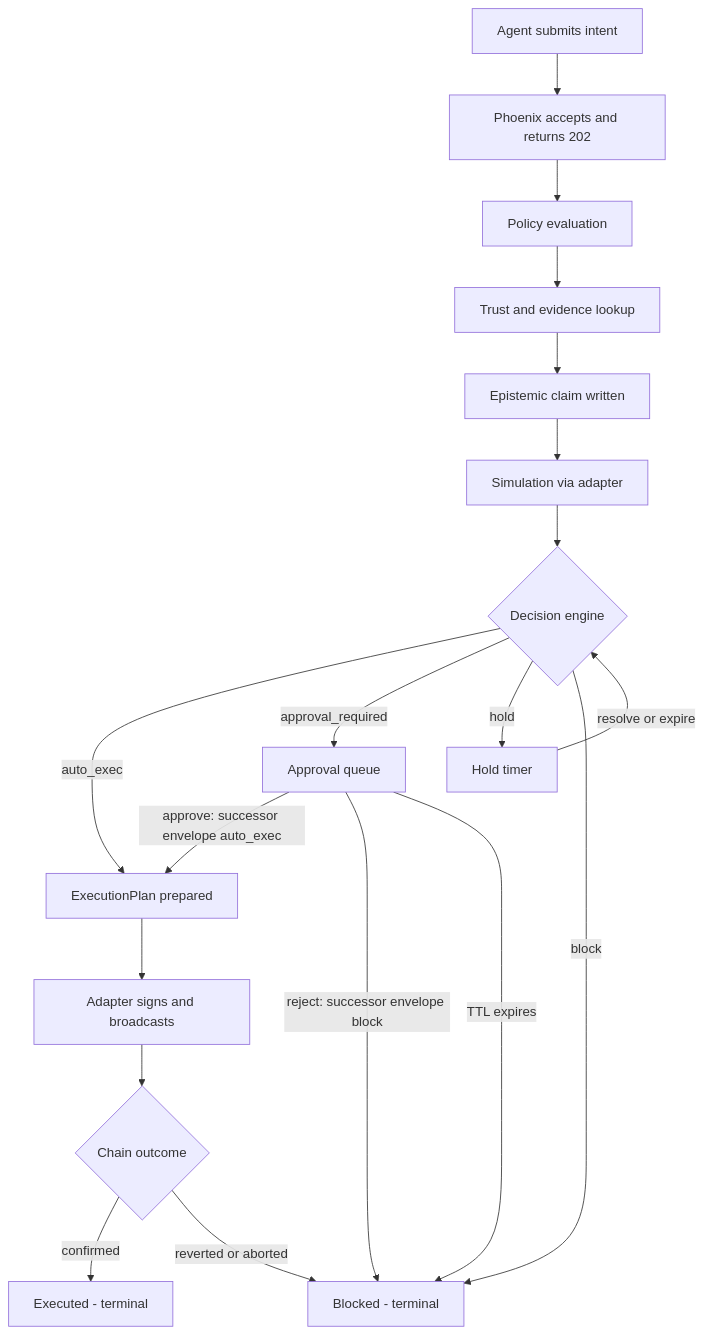
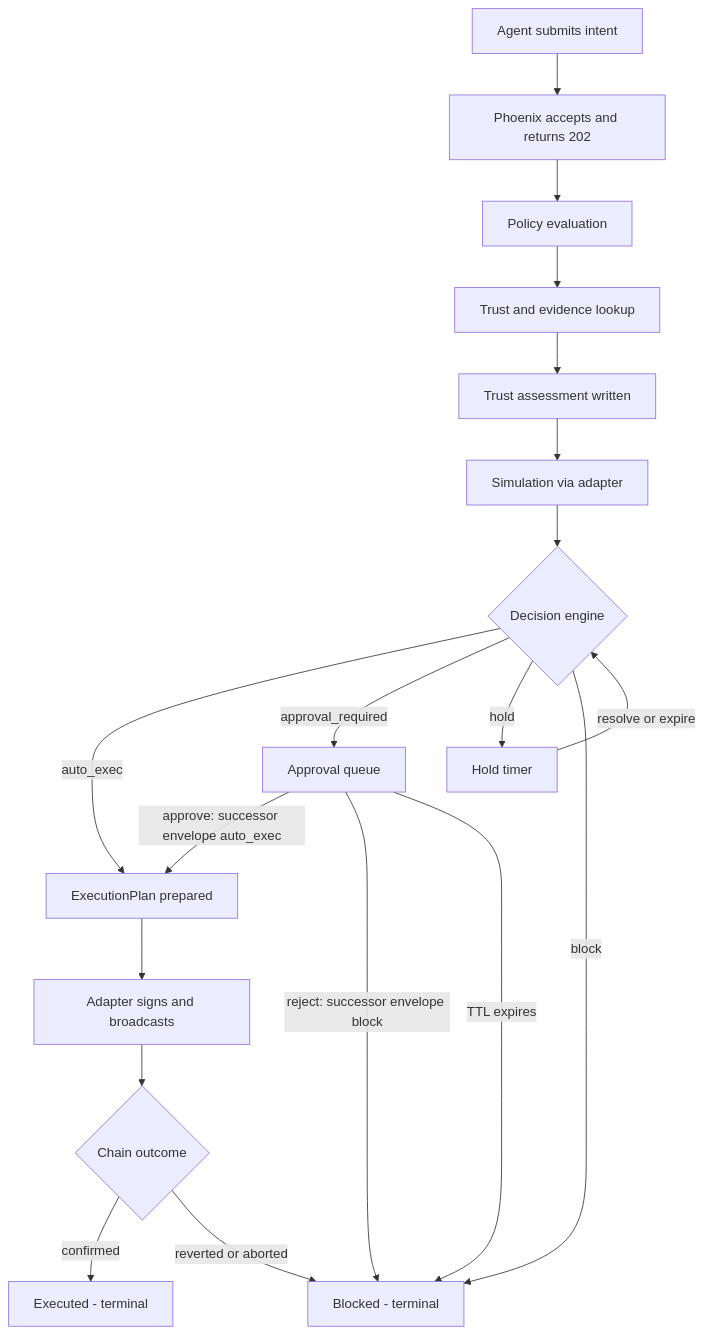
One commit to Linh86/cryptokorr changed the diagram in docs/bank-v0.1-runtime-flow-and-api.md. Above: the diagram before and after it, drawn with Mermaid. The commit also changed other lines of this file and 28 other files, not shown here.

````diff
--- a/docs/bank-v0.1-runtime-flow-and-api.md
+++ b/docs/bank-v0.1-runtime-flow-and-api.md
@@ -54,21 +54,21 @@
 ```mermaid
 flowchart TD
     A[Agent submits intent] --> B[Phoenix accepts and returns 202]
     B --> C[Policy evaluation]
     C --> D[Trust and evidence lookup]
-    D --> E[Epistemic claim written]
+    D --> E[Trust assessment written]
     E --> F[Simulation via adapter]
     F --> G{Decision engine}
     G -->|auto_exec| H[ExecutionPlan prepared]
     G -->|approval_required| J[Approval queue]
     G -->|hold| I[Hold timer]
     G -->|block| K[Blocked - terminal]
     J -->|approve: successor envelope auto_exec| H
     J -->|reject: successor envelope block| K
     J -->|TTL expires| K
     I -->|resolve or expire| G
     H --> L[Adapter signs and broadcasts]
     L --> M{Chain outcome}
     M -->|confirmed| N[Executed - terminal]
     M -->|reverted or aborted| K
 ```
````
